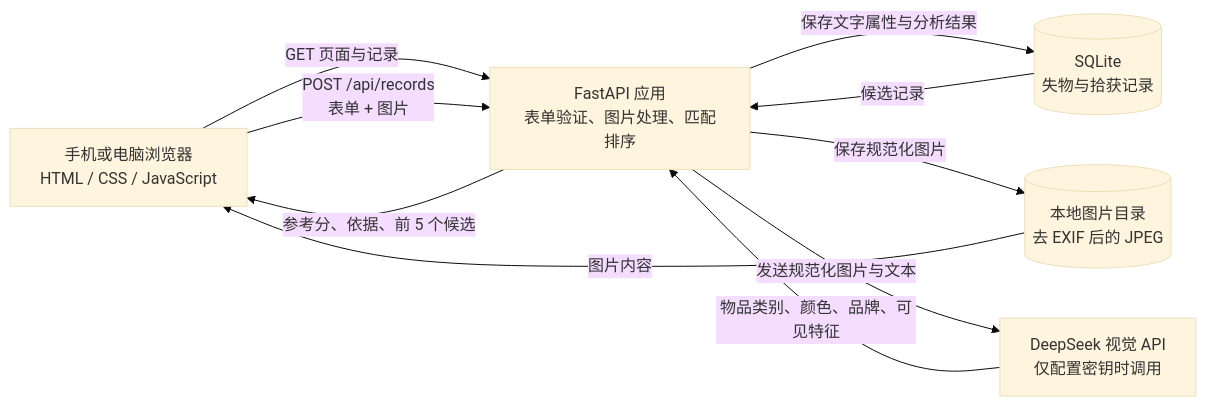
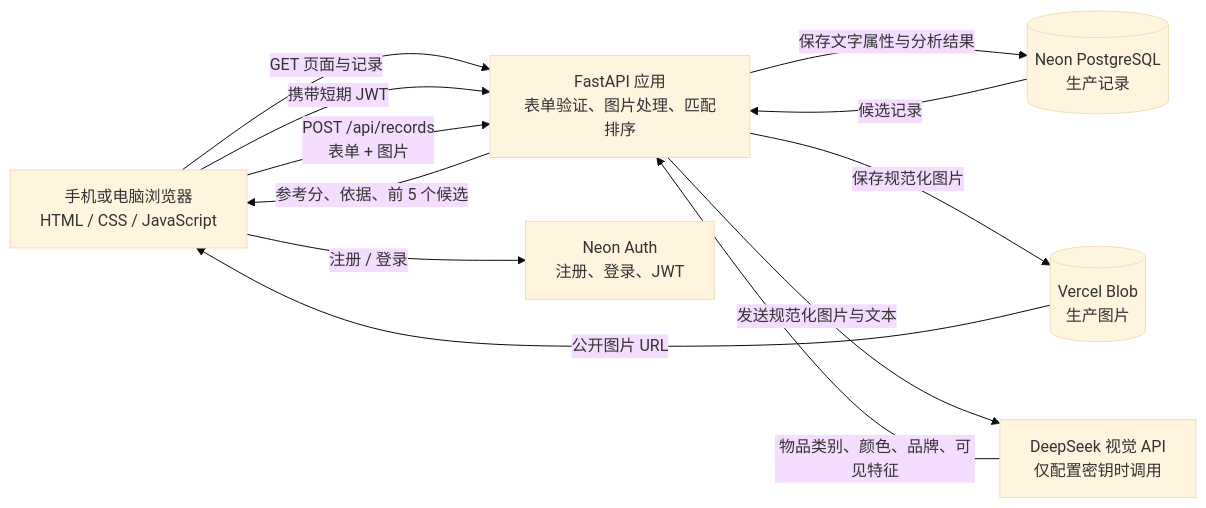
The diagram in outputs/SYSTEM_ARCHITECTURE.md (jiejie0624/lost-found-photo-matching), drawn with Mermaid (base theme) before and after one commit. The commit also changed other lines of this file and 11 other files, not shown here.

````diff
--- a/outputs/SYSTEM_ARCHITECTURE.md
+++ b/outputs/SYSTEM_ARCHITECTURE.md
@@ -7,18 +7,21 @@
 ```mermaid
 flowchart LR
     U[手机或电脑浏览器<br/>HTML / CSS / JavaScript]
     A[FastAPI 应用<br/>表单验证、图片处理、匹配排序]
-    DB[(SQLite<br/>失物与拾获记录)]
-    IMG[(本地图片目录<br/>去 EXIF 后的 JPEG)]
+    AUTH[Neon Auth<br/>注册、登录、JWT]
+    DB[(Neon PostgreSQL<br/>生产记录)]
+    IMG[(Vercel Blob<br/>生产图片)]
     DS[DeepSeek 视觉 API<br/>仅配置密钥时调用]
 
     U -->|GET 页面与记录| A
+    U -->|注册 / 登录| AUTH
+    U -->|携带短期 JWT| A
     U -->|POST /api/records<br/>表单 + 图片| A
     A -->|保存文字属性与分析结果| DB
     A -->|保存规范化图片| IMG
     A -->|发送规范化图片与文本| DS
     DS -->|物品类别、颜色、品牌、可见特征| A
     A -->|参考分、依据、前 5 个候选| U
     DB -->|候选记录| A
-    IMG -->|图片内容| U
+    IMG -->|公开图片 URL| U
 ```
````
